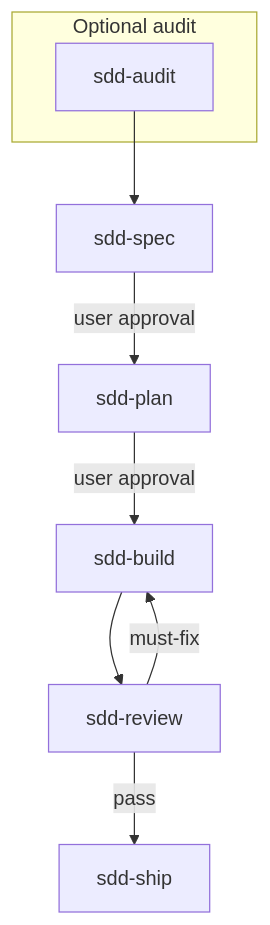
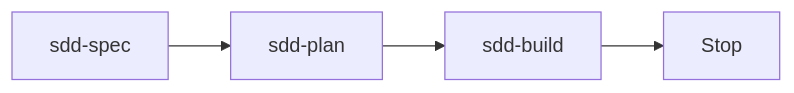
Before and after one commit to zhijunio/sdd-skills: the diagram in README.md, drawn with Mermaid. The commit also changed other lines of this file and 24 other files, not shown here.

First line of the commit message:
refactor(sdd): 收敛为十技能包（三阶段环 + 独立 review/improve）

````diff
--- a/README.md
+++ b/README.md
@@ -78,14 +37,6 @@
 ```mermaid
-flowchart TD
-  subgraph audit["Optional audit"]
-    A[sdd-audit]
-  end
-
-  S[sdd-spec] -->|user approval| P[sdd-plan]
-  P -->|user approval| B[sdd-build]
-  B --> R[sdd-review]
-  R -->|must-fix| B
-  R -->|pass| V[sdd-ship]
-
-  A --> S
+flowchart LR
+  spec[sdd-spec] --> plan[sdd-plan]
+  plan --> build[sdd-build]
+  build --> stop[Stop]
 ```
````
